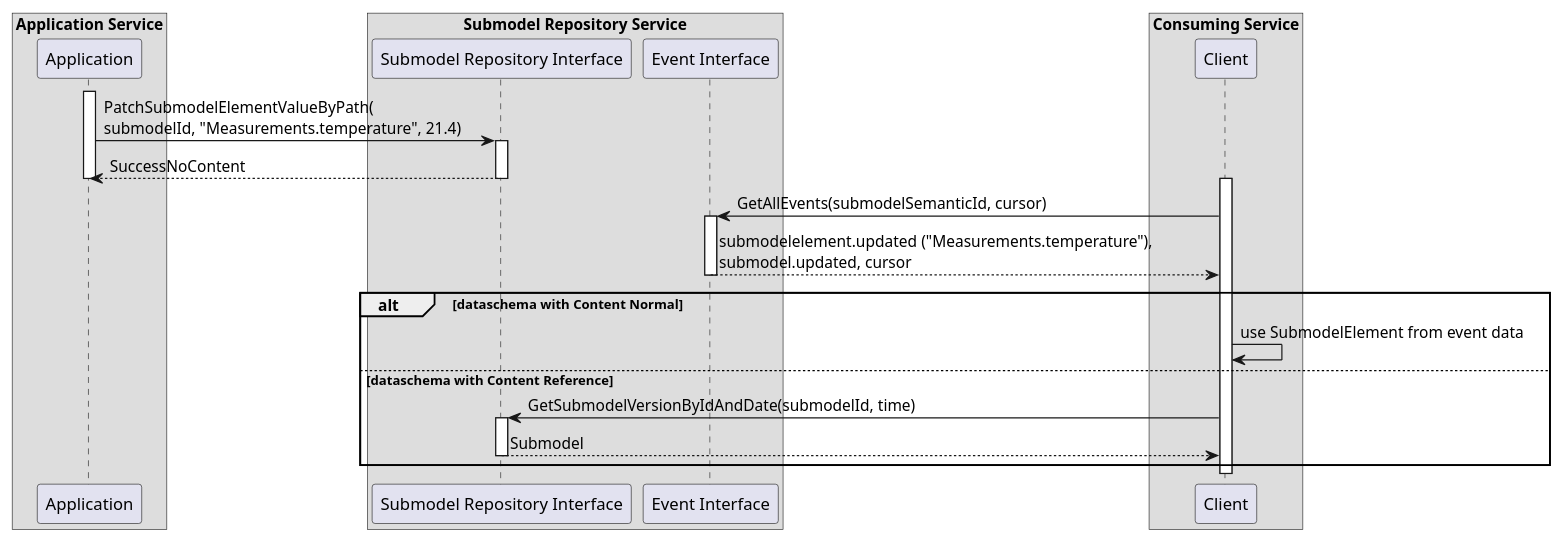
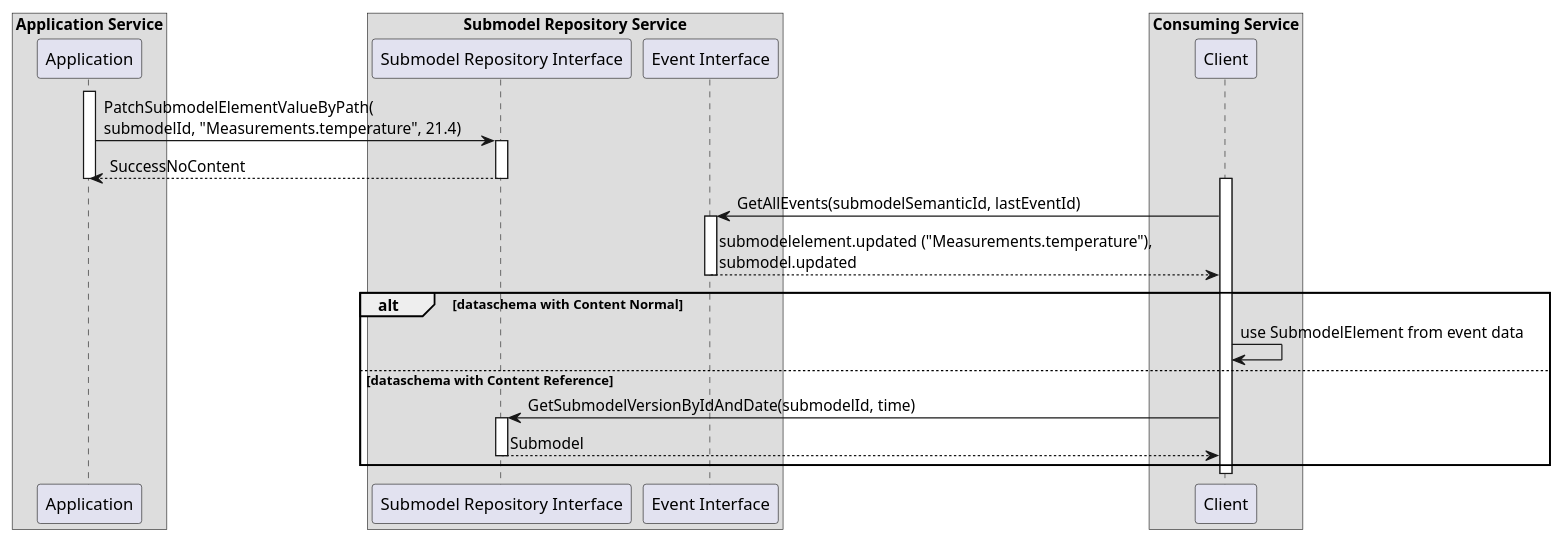
Before and after one commit to aaronzi/aas-specs-api: the diagram in documentation/IDTA-01002-3/modules/ROOT/partials/diagrams/eventing-seq-submodel-element-update.puml, drawn with PlantUML. The commit also changed 1 other file, not shown here.

Commit message:
Use standard pagination and lastEventId for GetAllEvents
Follow the Pagination clause without deviation: paging_metadata is part of
every paged result, and a missing cursor marks the end of the result set.
Continuing with later events therefore uses the new input parameter
lastEventId instead of a permanently returned cursor.

```diff
--- a/documentation/IDTA-01002-3/modules/ROOT/partials/diagrams/eventing-seq-submodel-element-update.puml
+++ b/documentation/IDTA-01002-3/modules/ROOT/partials/diagrams/eventing-seq-submodel-element-update.puml
@@ -1,40 +1,40 @@
 @startuml
 
 box "Application Service"
 participant App as "Application"
 end box
 
 box "Submodel Repository Service"
   participant SMService as "Submodel Repository Interface"
   participant EventService as "Event Interface"
 end box
 
 box "Consuming Service"
   participant Client as "Client"
 end box
 
 activate App
 App -> SMService : PatchSubmodelElementValueByPath(\nsubmodelId, "Measurements.temperature", 21.4)
 activate SMService
 App <-- SMService : SuccessNoContent
 deactivate SMService
 deactivate App
 
 activate Client
-Client -> EventService : GetAllEvents(submodelSemanticId, cursor)
+Client -> EventService : GetAllEvents(submodelSemanticId, lastEventId)
 activate EventService
-Client <-- EventService : submodelelement.updated ("Measurements.temperature"),\nsubmodel.updated, cursor
+Client <-- EventService : submodelelement.updated ("Measurements.temperature"),\nsubmodel.updated
 deactivate EventService
 
 alt dataschema with Content Normal
   Client -> Client : use SubmodelElement from event data
 else dataschema with Content Reference
   Client -> SMService : GetSubmodelVersionByIdAndDate(submodelId, time)
   activate SMService
   Client <-- SMService : Submodel
   deactivate SMService
 end
 
 deactivate Client
 
 @enduml
```
